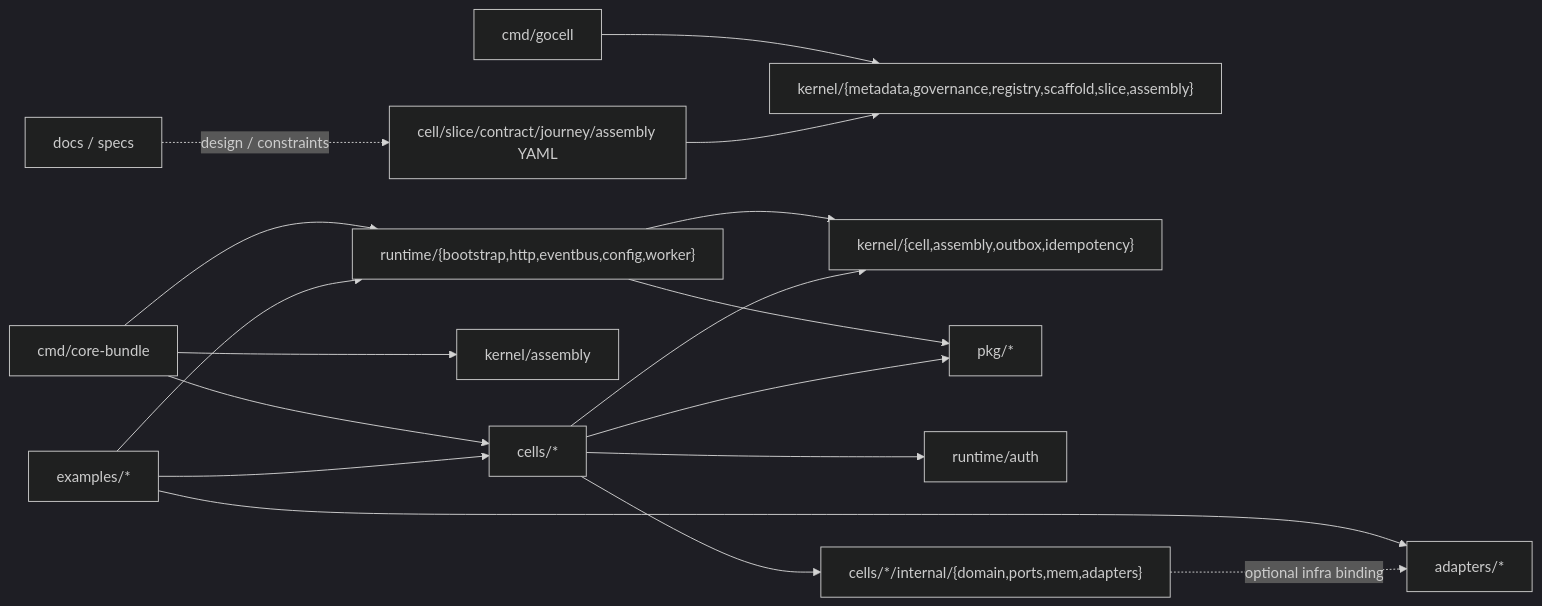
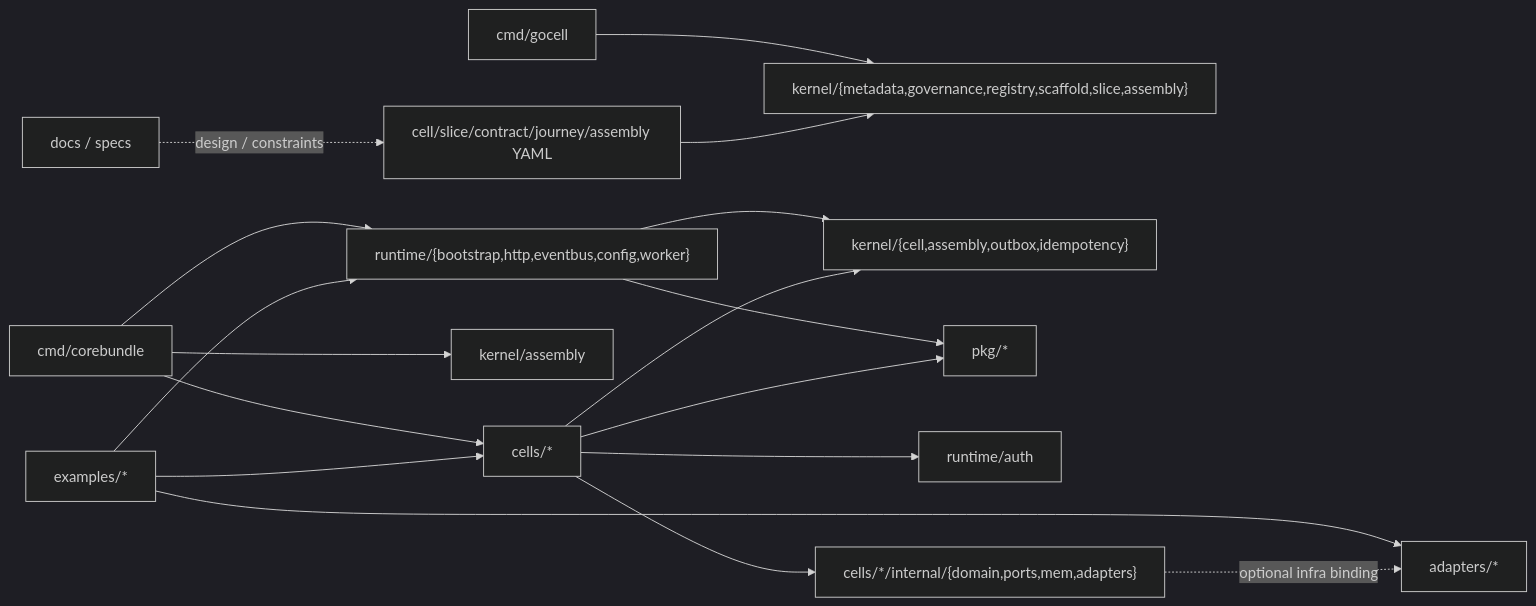
Before and after one commit to ghbvf/gocell: the first of 5 diagrams in docs/architecture/module-dependency-report.md, drawn with Mermaid (dark theme). The commit also changed other lines of this file and 51 other files, not shown here.

````diff
--- a/docs/architecture/module-dependency-report.md
+++ b/docs/architecture/module-dependency-report.md
@@ -30,23 +30,23 @@
 ```mermaid
 flowchart LR
   cmdG["cmd/gocell"] --> ktools["kernel/{metadata,governance,registry,scaffold,slice,assembly}"]
-  cmdC["cmd/core-bundle"] --> runtime["runtime/{bootstrap,http,eventbus,config,worker}"]
+  cmdC["cmd/corebundle"] --> runtime["runtime/{bootstrap,http,eventbus,config,worker}"]
   cmdC --> cells["cells/*"]
   cmdC --> kasm["kernel/assembly"]
 
   runtime --> kernel["kernel/{cell,assembly,outbox,idempotency}"]
   runtime --> pkg["pkg/*"]
 
   cells --> kernel
   cells --> runtimeAuth["runtime/auth"]
   cells --> pkg
   cells --> cellLocal["cells/*/internal/{domain,ports,mem,adapters}"]
 
   examples["examples/*"] --> cells
   examples --> runtime
   examples --> adapters["adapters/*"]
 
   metadata["cell/slice/contract/journey/assembly YAML"] --> ktools
   docs["docs / specs"] -. design / constraints .-> metadata
   cellLocal -. optional infra binding .-> adapters
 ```
````
